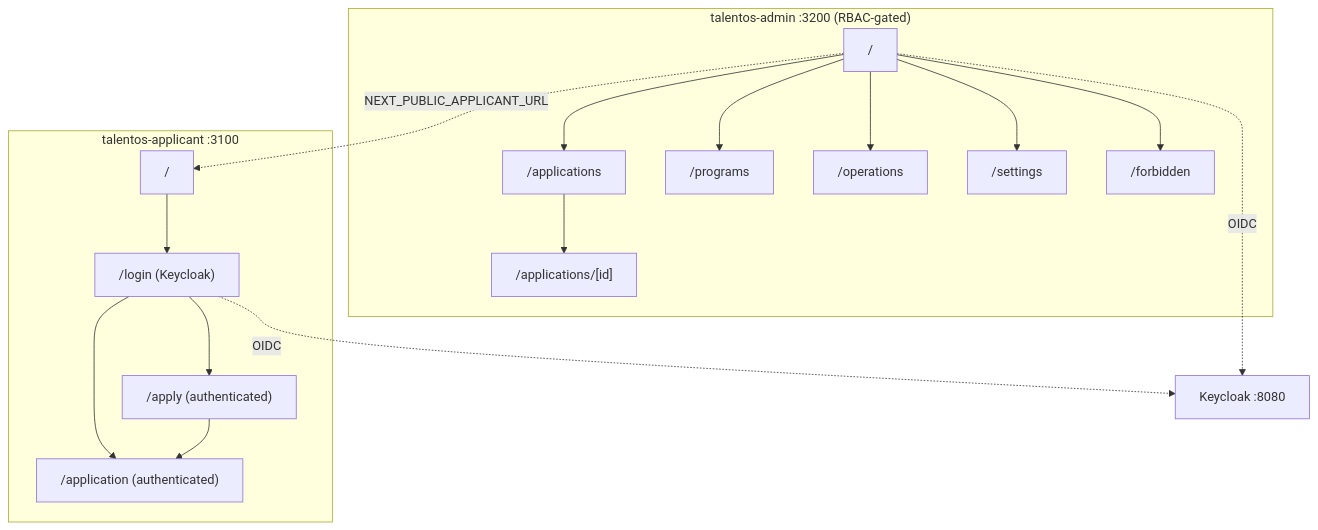
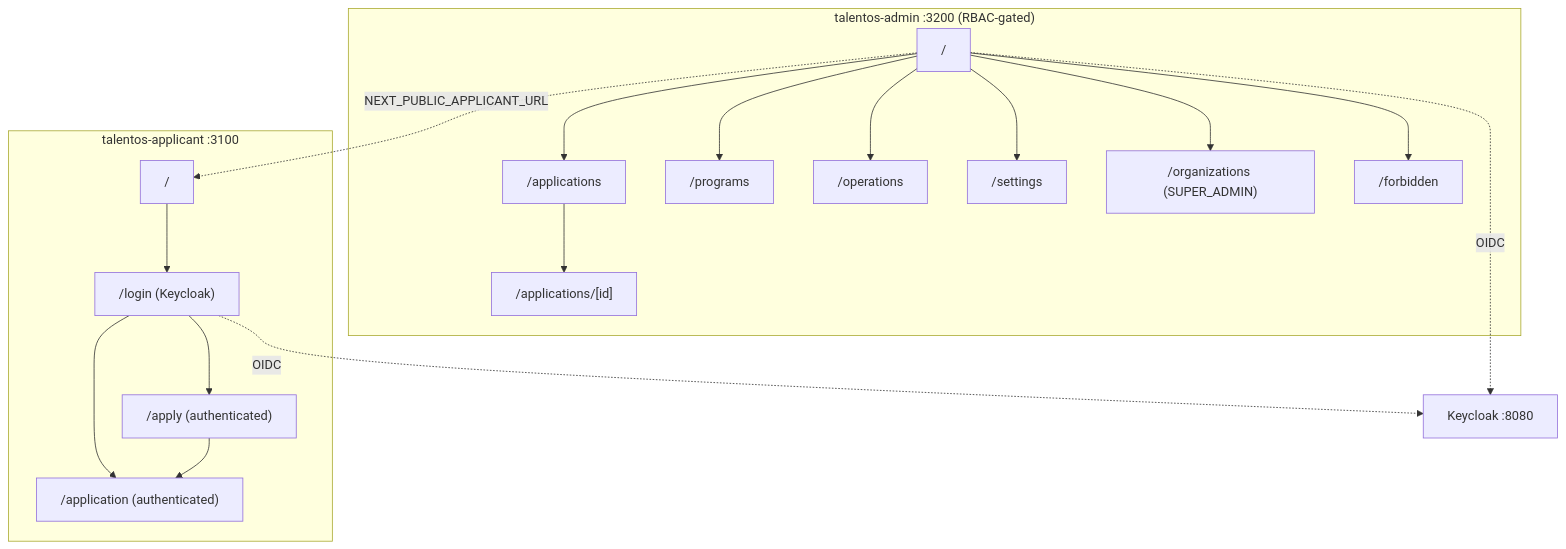
Before and after one commit to karimjindani/talentOS: the third of 3 diagrams in docs/Architecture.md, drawn with Mermaid. The commit also changed other lines of this file and 3 other files, not shown here.

First line of the commit message:
docs: SSDLC closeout — align architecture/backlog/sdlc with v0.10.2

````diff
--- a/docs/Architecture.md
+++ b/docs/Architecture.md
@@ -85,20 +85,21 @@
 ```mermaid
 flowchart TD
     subgraph Applicant["talentos-applicant :3100"]
       Landing["/"] --> Login["/login (Keycloak)"]
       Login --> Apply["/apply (authenticated)"]
       Login --> Application["/application (authenticated)"]
       Apply --> Application
     end
     Login -. OIDC .-> KC["Keycloak :8080"]
     subgraph AdminC["talentos-admin :3200 (RBAC-gated)"]
       AdminHome["/"] --> Applications["/applications"]
       Applications --> Detail["/applications/[id]"]
       AdminHome --> Programs["/programs"]
       AdminHome --> Operations["/operations"]
       AdminHome --> Settings["/settings"]
+      AdminHome --> Organizations["/organizations (SUPER_ADMIN)"]
       AdminHome --> Forbidden["/forbidden"]
     end
     AdminHome -. OIDC .-> KC
     AdminHome -. NEXT_PUBLIC_APPLICANT_URL .-> Landing
 ```
````
